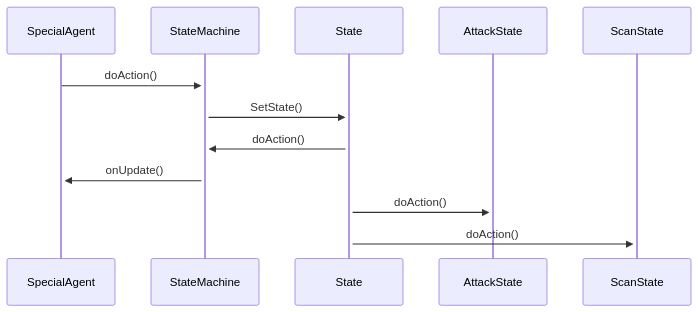
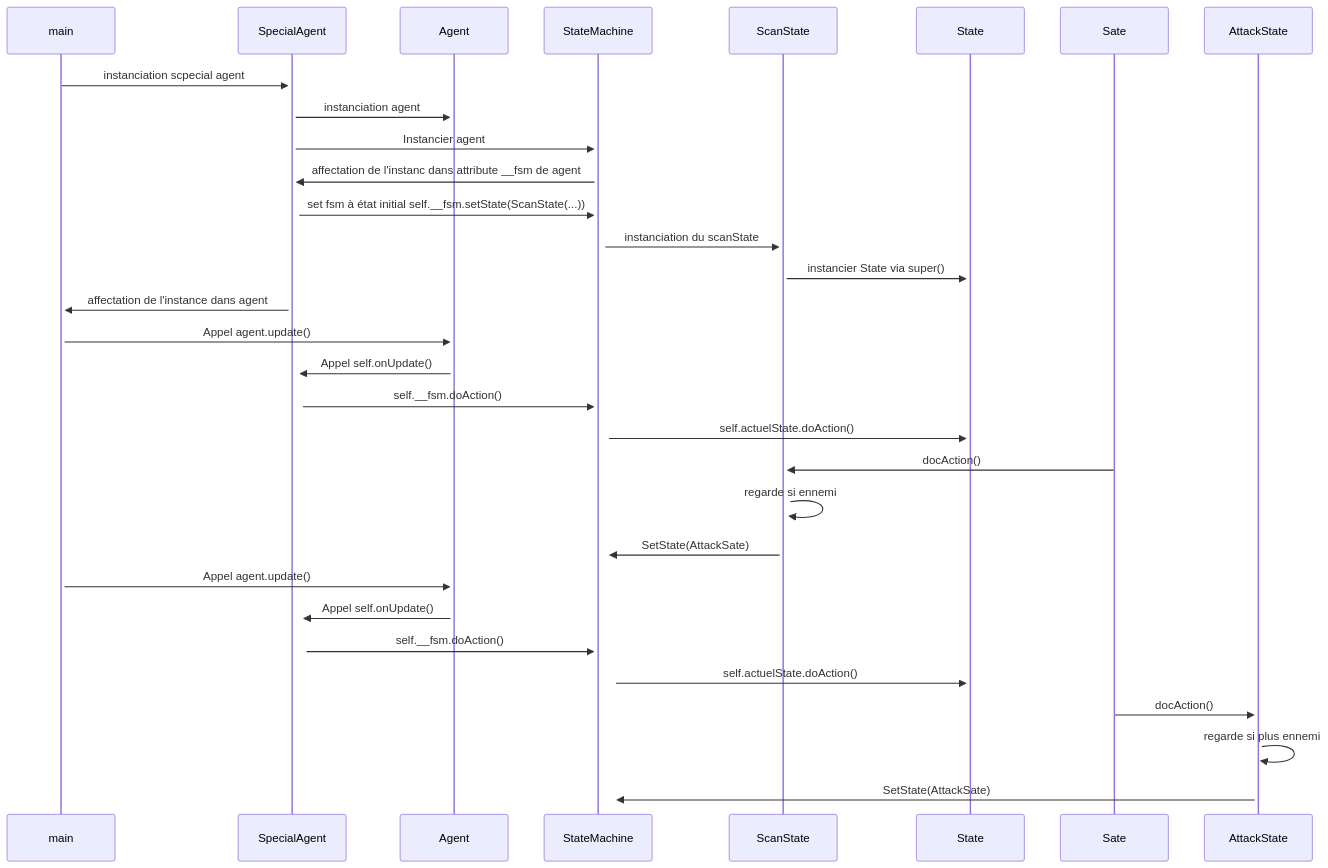
One commit to Hug-prog/py changed the second of 2 diagrams in README.md. Above: the diagram before and after it, drawn with Mermaid.

Commit message:
diagramme de séquence

````diff
--- a/README.md
+++ b/README.md
@@ -34,10 +34,29 @@
 ```mermaid
 sequenceDiagram
-    SpecialAgent->>+StateMachine: doAction()
-    StateMachine ->>+ State:SetState()
-    State ->>+ StateMachine:doAction()
-    StateMachine ->>+ SpecialAgent:onUpdate()
-    State ->>+ AttackState:doAction()
-    State ->>+ ScanState:doAction()
+   main ->>+ SpecialAgent:instanciation scpecial agent
+   SpecialAgent ->>+ Agent:instanciation agent
+    SpecialAgent->>+StateMachine: Instancier agent
+    StateMachine ->>+ SpecialAgent:affectation de l'instanc dans attribute __fsm de agent
+    SpecialAgent ->>+ StateMachine: set fsm à état initial self.__fsm.setState(ScanState(...))
+    StateMachine ->>+ ScanState:instanciation du scanState
+    ScanState ->>+ State:instancier State via super()
+    SpecialAgent ->>+ main:affectation de l'instance dans agent
+
+    main->>+ Agent: Appel agent.update()
+    Agent ->>+SpecialAgent:Appel self.onUpdate()
+    SpecialAgent ->>+StateMachine:self.__fsm.doAction()
+    StateMachine ->>+ State:self.actuelState.doAction()
+    Sate->>+ ScanState:docAction()
+    ScanState->>+ ScanState :regarde si ennemi
+     ScanState->>+ StateMachine:SetState(AttackSate)
+
+    main->>+ Agent: Appel agent.update()
+    Agent ->>+SpecialAgent:Appel self.onUpdate()
+    SpecialAgent ->>+StateMachine:self.__fsm.doAction()
+    StateMachine ->>+ State:self.actuelState.doAction()
+    Sate->>+ AttackState:docAction()
+    AttackState->>+ AttackState :regarde si  plus ennemi
+     AttackState->>+ StateMachine:SetState(AttackSate)
+
 
 ```
````
